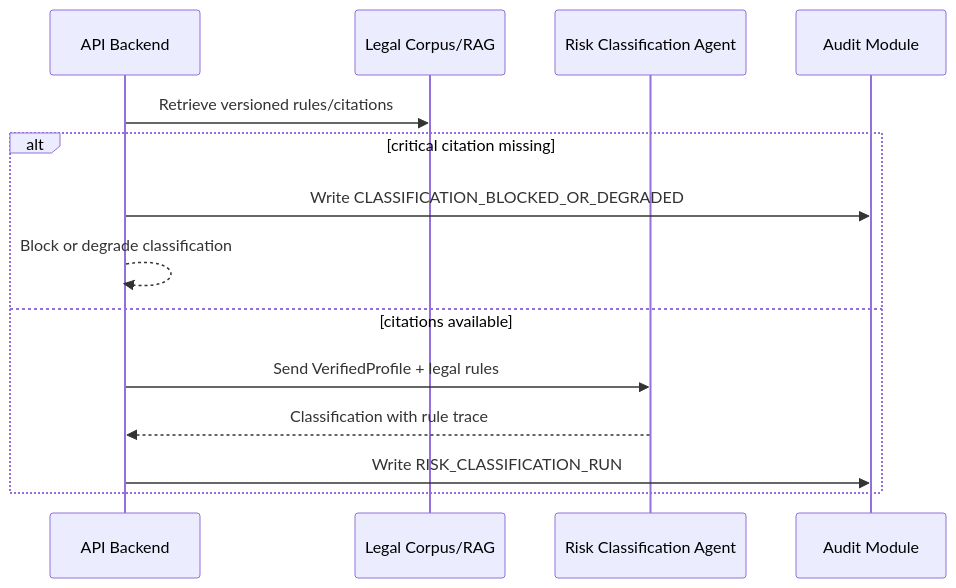
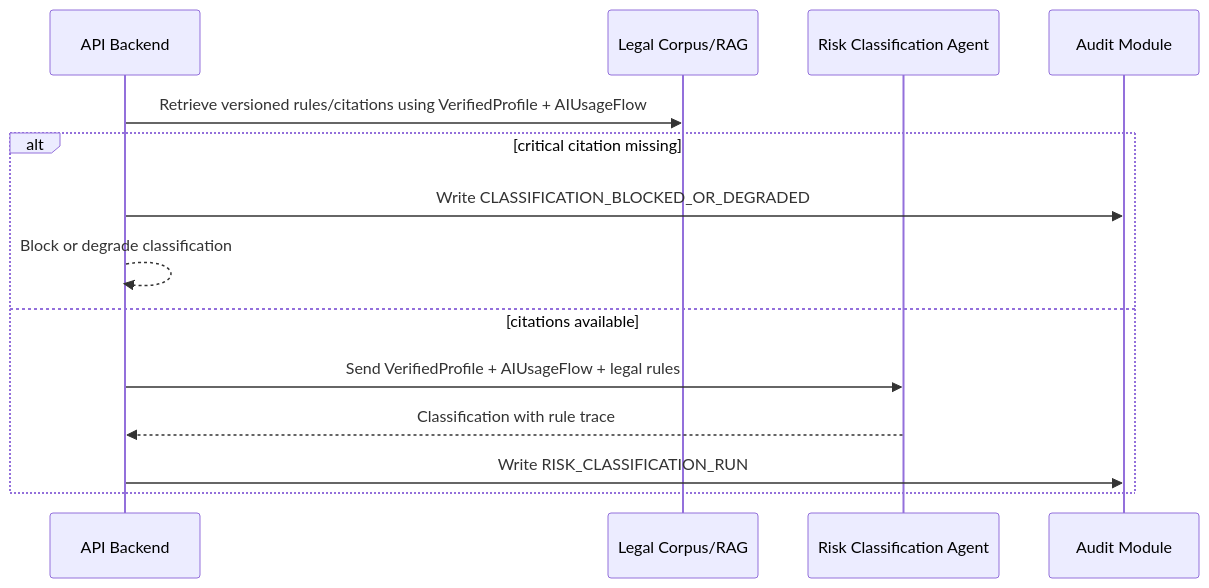
One commit to khovan123/LCSP changed diagram 16 of 18 in docs/design/sequence-diagrams.md. Above: the diagram before and after it, drawn with Mermaid. The commit also changed other lines of this file and 122 other files, not shown here.

````diff
--- a/docs/design/sequence-diagrams.md
+++ b/docs/design/sequence-diagrams.md
@@ -350,16 +460,16 @@
 ```mermaid
 sequenceDiagram
   participant API as API Backend
   participant Legal as Legal Corpus/RAG
   participant Agent as Risk Classification Agent
   participant Audit as Audit Module
-  API->>Legal: Retrieve versioned rules/citations
+  API->>Legal: Retrieve versioned rules/citations using VerifiedProfile + AIUsageFlow
   alt critical citation missing
     API->>Audit: Write CLASSIFICATION_BLOCKED_OR_DEGRADED
     API-->>API: Block or degrade classification
   else citations available
-    API->>Agent: Send VerifiedProfile + legal rules
+    API->>Agent: Send VerifiedProfile + AIUsageFlow + legal rules
     Agent-->>API: Classification with rule trace
     API->>Audit: Write RISK_CLASSIFICATION_RUN
   end
 ```
````
